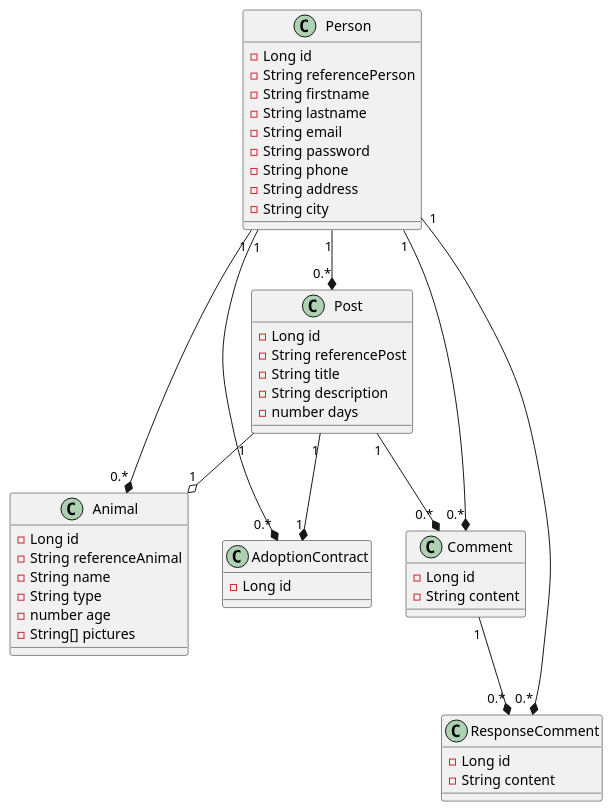
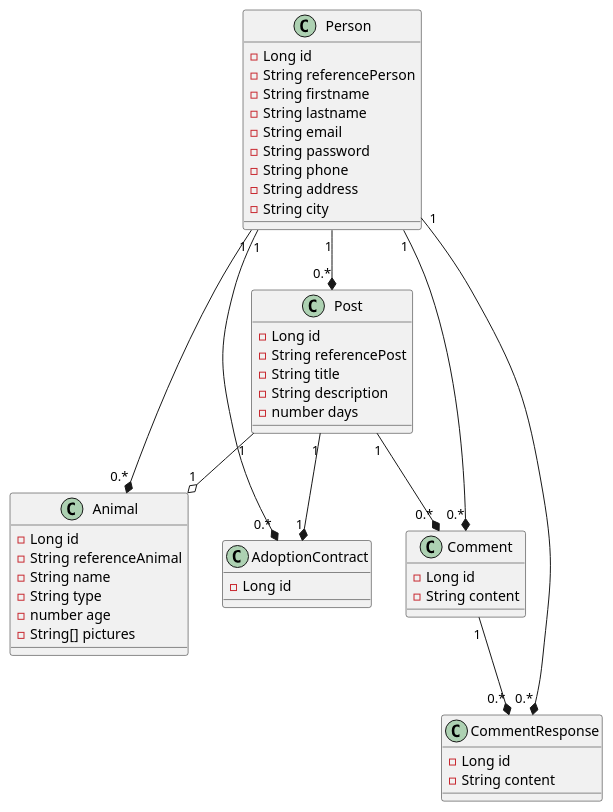
The diagram in UML/class_diagramme.puml (daalimouhcine/MyPet-Spring_Boot-Angular), drawn with PlantUML before and after one commit.

Commit message:
build(project): modify class diagramme

```diff
--- a/UML/class_diagramme.puml
+++ b/UML/class_diagramme.puml
@@ -1,59 +1,59 @@
 @startuml
 
 class Person {
     -Long id
     -String referencePerson
     -String firstname
     -String lastname
     -String email
     -String password
     -String phone
     -String address
     -String city
 }
 
 class Animal {
     -Long id
     -String referenceAnimal
     -String name
     -String type
     -number age
     -String[] pictures
 }
 
 class AdoptionContract {
     -Long id
 }
 
 class Post {
     -Long id
     -String referencePost
     -String title
     -String description
     -number days
 }
 
 class Comment {
     -Long id
     -String content
 }
 
-class ResponseComment {
+class CommentResponse {
     -Long id
     -String content
 }
 
 
 Person "1" --* "0.*" Animal
 Person "1" --* "0.*" Post
 Person "1" --* "0.*" Comment
-Person "1" --* "0.*" ResponseComment
+Person "1" --* "0.*" CommentResponse 
 Person "1" --* "0.*" AdoptionContract
 
 Post "1" --* "0.*" Comment
 Post "1" --o "1" Animal
 Post "1" --* "1" AdoptionContract
 
-Comment "1" --* "0.*" ResponseComment
+Comment "1" --* "0.*" CommentResponse 
 
 @enduml
```
